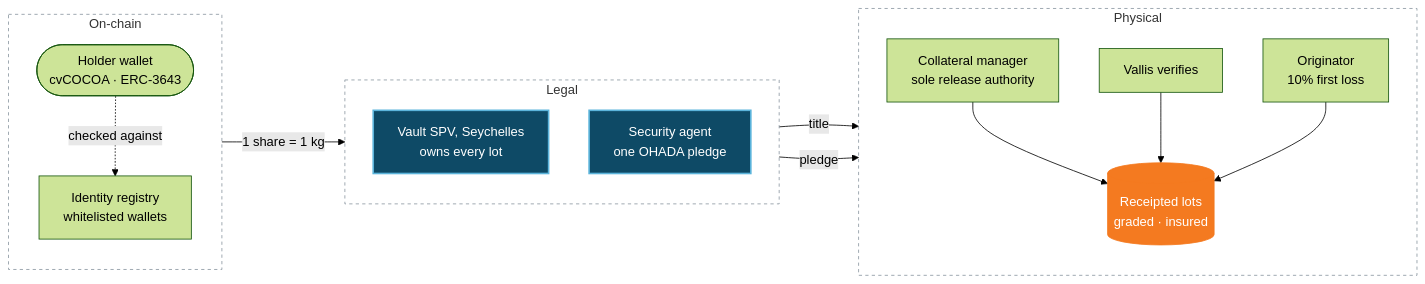
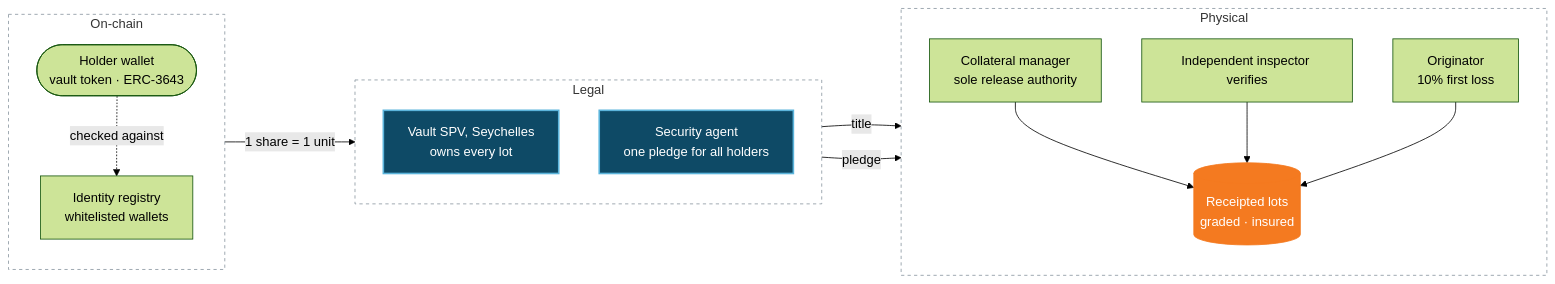
The first of 2 diagrams in ecosystem/rwa-vault-mechanism.mdx (cargofinance/documentation), drawn with Mermaid (forest theme) before and after one commit. The commit also changed other lines of this file and 32 other files, not shown here.

First line of the commit message:
Reframe docs around real-world assets in general; keep Cameroon cocoa to the Genesis Vault

````diff
--- a/ecosystem/rwa-vault-mechanism.mdx
+++ b/ecosystem/rwa-vault-mechanism.mdx
@@ -13,28 +13,28 @@
 ```mermaid
 flowchart LR
     subgraph CHAIN["On-chain"]
         direction TB
-        W(["Holder wallet<br/>cvCOCOA · ERC-3643"]) -. "checked against" .-> IR["Identity registry<br/>whitelisted wallets"]
+        W(["Holder wallet<br/>vault token · ERC-3643"]) -. "checked against" .-> IR["Identity registry<br/>whitelisted wallets"]
     end
     subgraph LEGAL["Legal"]
         direction TB
         SPV["Vault SPV, Seychelles<br/>owns every lot"]
-        SA["Security agent<br/>one OHADA pledge"]
+        SA["Security agent<br/>one pledge for all holders"]
     end
     subgraph PHYSICAL["Physical"]
         direction TB
         CM["Collateral manager<br/>sole release authority"] --> LOTS[("Receipted lots<br/>graded · insured")]
-        V["Vallis verifies"] --> LOTS
+        V["Independent inspector verifies"] --> LOTS
         O["Originator<br/>10% first loss"] --> LOTS
     end
-    W -- "1 share = 1 kg" --> SPV
+    W -- "1 share = 1 unit" --> SPV
     SPV -- "title" --> LOTS
     SA -- "pledge" --> CM
     classDef key fill:#0E4A66,stroke:#5BB4DB,stroke-width:2px,color:#ffffff
     classDef accent fill:#F47A20,stroke:#F47A20,color:#ffffff
     class SPV,SA key
     class LOTS accent
     style CHAIN fill:transparent,stroke:#8A96A0,stroke-dasharray:4 4
     style LEGAL fill:transparent,stroke:#8A96A0,stroke-dasharray:4 4
     style PHYSICAL fill:transparent,stroke:#8A96A0,stroke-dasharray:4 4
 ```
````
